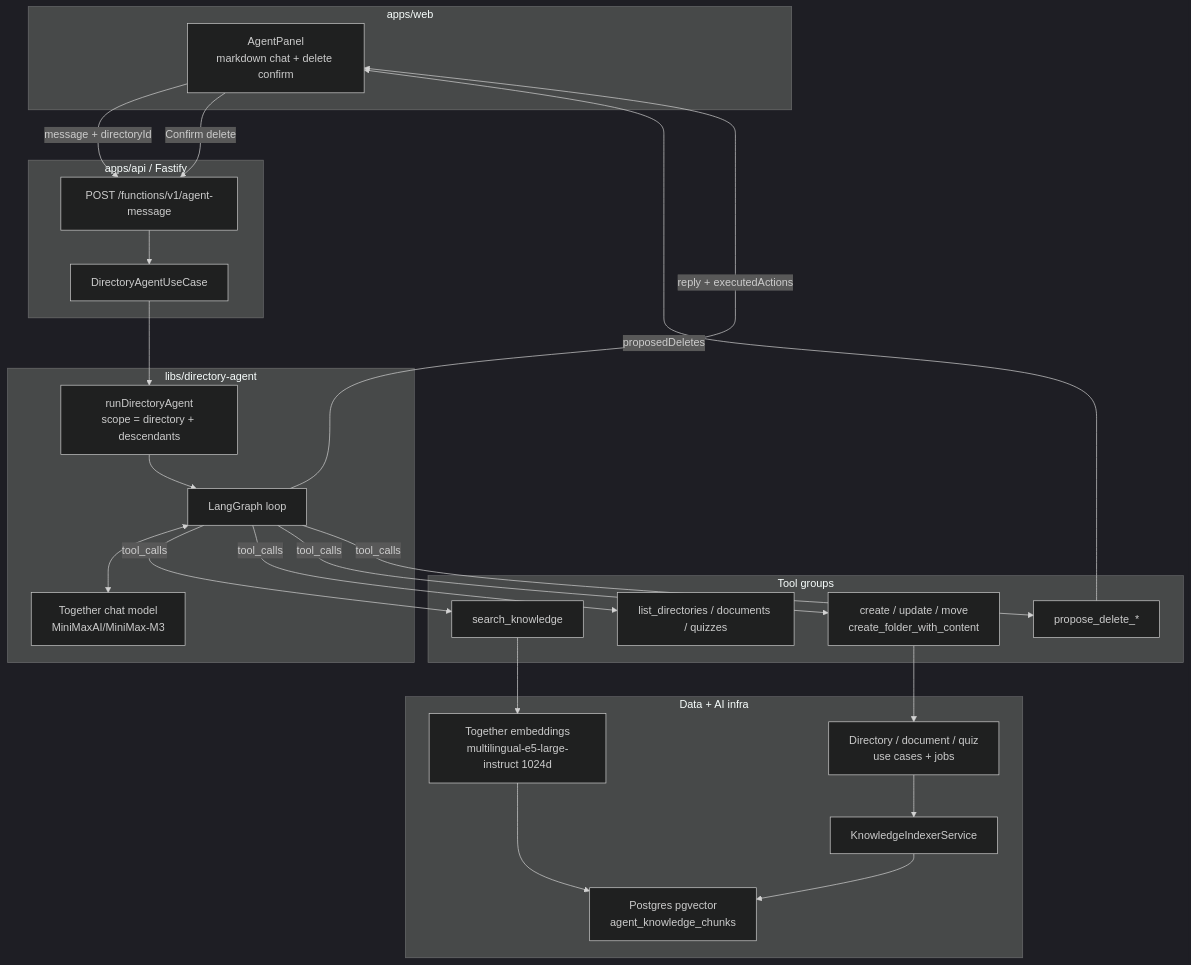
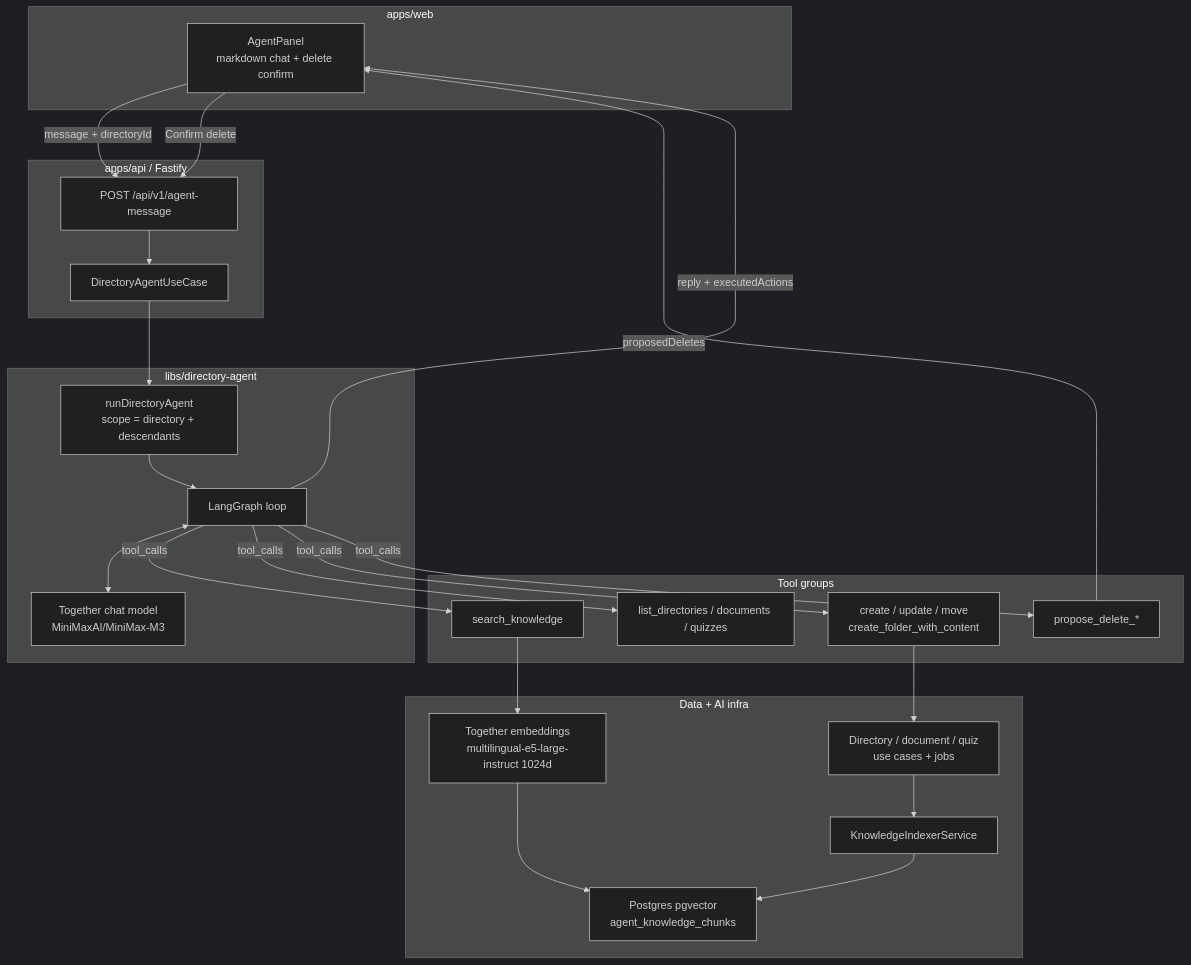
One commit to AndreMashukov/sf-next-supabase changed the diagram in README.md. Above: the diagram before and after it, drawn with Mermaid (dark theme). The commit also changed other lines of this file and 5 other files, not shown here.

First line of the commit message:
Rename mutation API paths from /functions/v1 to /api/v1.

````diff
--- a/README.md
+++ b/README.md
@@ -105,45 +105,45 @@
 ```mermaid
 flowchart TB
   subgraph Web["apps/web"]
     UI["AgentPanel<br/>markdown chat + delete confirm"]
   end
 
   subgraph API["apps/api / Fastify"]
-    Route["POST /functions/v1/agent-message"]
+    Route["POST /api/v1/agent-message"]
     UseCase["DirectoryAgentUseCase"]
   end
 
   subgraph Agent["libs/directory-agent"]
     Run["runDirectoryAgent<br/>scope = directory + descendants"]
     Graph["LangGraph loop"]
     Model["Together chat model<br/>MiniMaxAI/MiniMax-M3"]
   end
 
   subgraph ToolGroups["Tool groups"]
     RAG["search_knowledge"]
     List["list_directories / documents / quizzes"]
     Mutate["create / update / move<br/>create_folder_with_content"]
     Propose["propose_delete_*"]
   end
 
   subgraph Data["Data + AI infra"]
     Embed["Together embeddings<br/>multilingual-e5-large-instruct 1024d"]
     Vector["Postgres pgvector<br/>agent_knowledge_chunks"]
     CRUD["Directory / document / quiz<br/>use cases + jobs"]
     Indexer["KnowledgeIndexerService"]
   end
 
   UI -->|"message + directoryId"| Route
   Route --> UseCase --> Run --> Graph
   Graph <--> Model
   Graph -->|tool_calls| RAG
   Graph -->|tool_calls| List
   Graph -->|tool_calls| Mutate
   Graph -->|tool_calls| Propose
   RAG --> Embed --> Vector
   Mutate --> CRUD
   CRUD --> Indexer --> Vector
   Propose -->|proposedDeletes| UI
   UI -->|Confirm delete| Route
   Graph -->|"reply + executedActions"| UI
 ```
````
